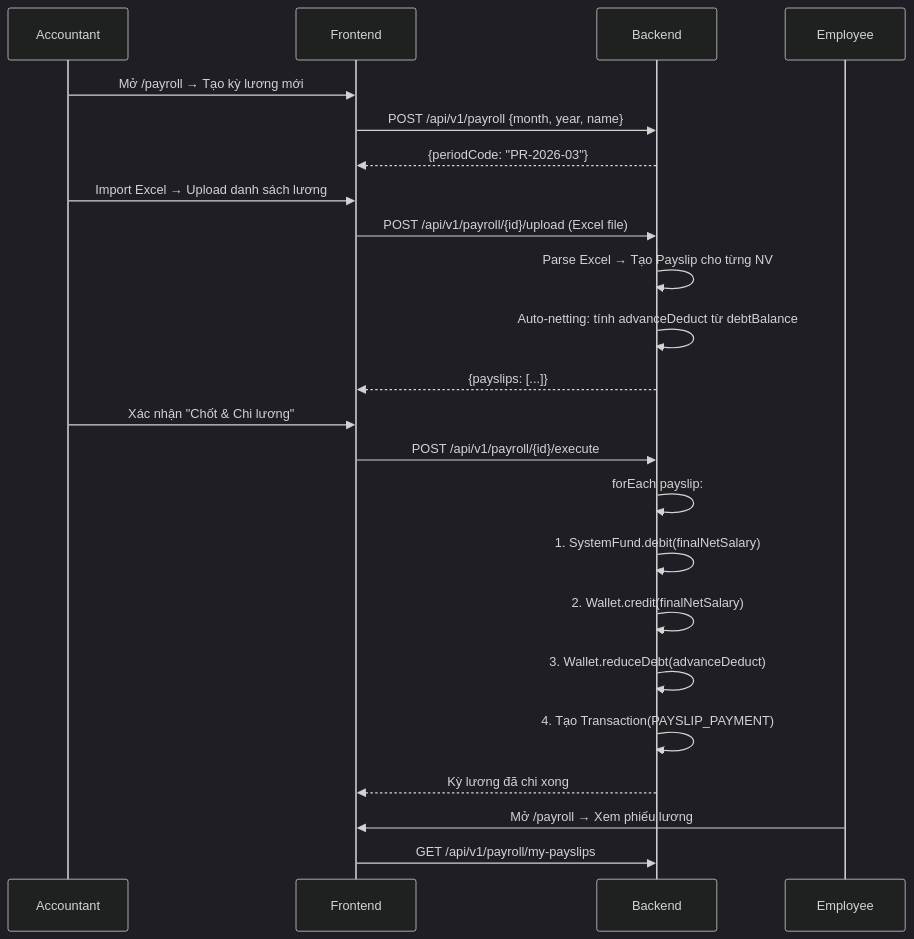
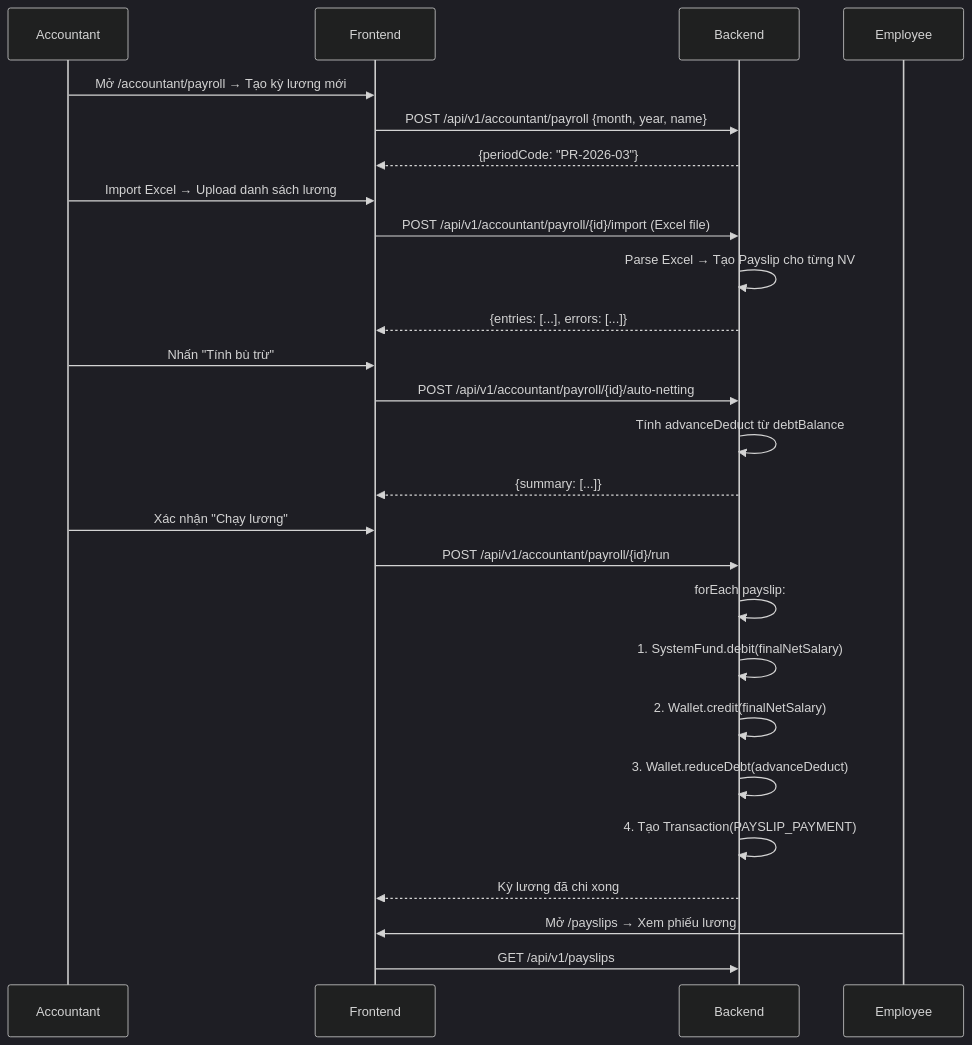
One commit to Quoosc/INTERNAL_FINANCIAL_CASHFLOW_MANAGEMENT_SYSTEM_USING_INTERNAL_WALLET_MODEL_FRONTEND changed the fifth of 5 diagrams in docs/FLOW.md. Above: the diagram before and after it, drawn with Mermaid (dark theme). The commit also changed other lines of this file and 1 other file, not shown here.

Commit message:
docs: rewrite API contract and flow documentation

````diff
--- a/docs/FLOW.md
+++ b/docs/FLOW.md
@@ -173,29 +196,33 @@
 ```mermaid
 sequenceDiagram
     participant ACC as Accountant
     participant FE as Frontend
     participant BE as Backend
     participant EMP as Employee
 
-    ACC->>FE: Mở /payroll → Tạo kỳ lương mới
-    FE->>BE: POST /api/v1/payroll {month, year, name}
+    ACC->>FE: Mở /accountant/payroll → Tạo kỳ lương mới
+    FE->>BE: POST /api/v1/accountant/payroll {month, year, name}
     BE-->>FE: {periodCode: "PR-2026-03"}
 
     ACC->>FE: Import Excel → Upload danh sách lương
-    FE->>BE: POST /api/v1/payroll/{id}/upload (Excel file)
+    FE->>BE: POST /api/v1/accountant/payroll/{id}/import (Excel file)
     BE->>BE: Parse Excel → Tạo Payslip cho từng NV
-    BE->>BE: Auto-netting: tính advanceDeduct từ debtBalance
-    BE-->>FE: {payslips: [...]}
+    BE-->>FE: {entries: [...], errors: [...]}
 
-    ACC->>FE: Xác nhận "Chốt & Chi lương"
-    FE->>BE: POST /api/v1/payroll/{id}/execute
+    ACC->>FE: Nhấn "Tính bù trừ"
+    FE->>BE: POST /api/v1/accountant/payroll/{id}/auto-netting
+    BE->>BE: Tính advanceDeduct từ debtBalance
+    BE-->>FE: {summary: [...]}
+
+    ACC->>FE: Xác nhận "Chạy lương"
+    FE->>BE: POST /api/v1/accountant/payroll/{id}/run
     BE->>BE: forEach payslip:
     BE->>BE:   1. SystemFund.debit(finalNetSalary)
     BE->>BE:   2. Wallet.credit(finalNetSalary)
     BE->>BE:   3. Wallet.reduceDebt(advanceDeduct)
     BE->>BE:   4. Tạo Transaction(PAYSLIP_PAYMENT)
     BE-->>FE: Kỳ lương đã chi xong
 
-    EMP->>FE: Mở /payroll → Xem phiếu lương
-    FE->>BE: GET /api/v1/payroll/my-payslips
+    EMP->>FE: Mở /payslips → Xem phiếu lương
+    FE->>BE: GET /api/v1/payslips
 ```
````
